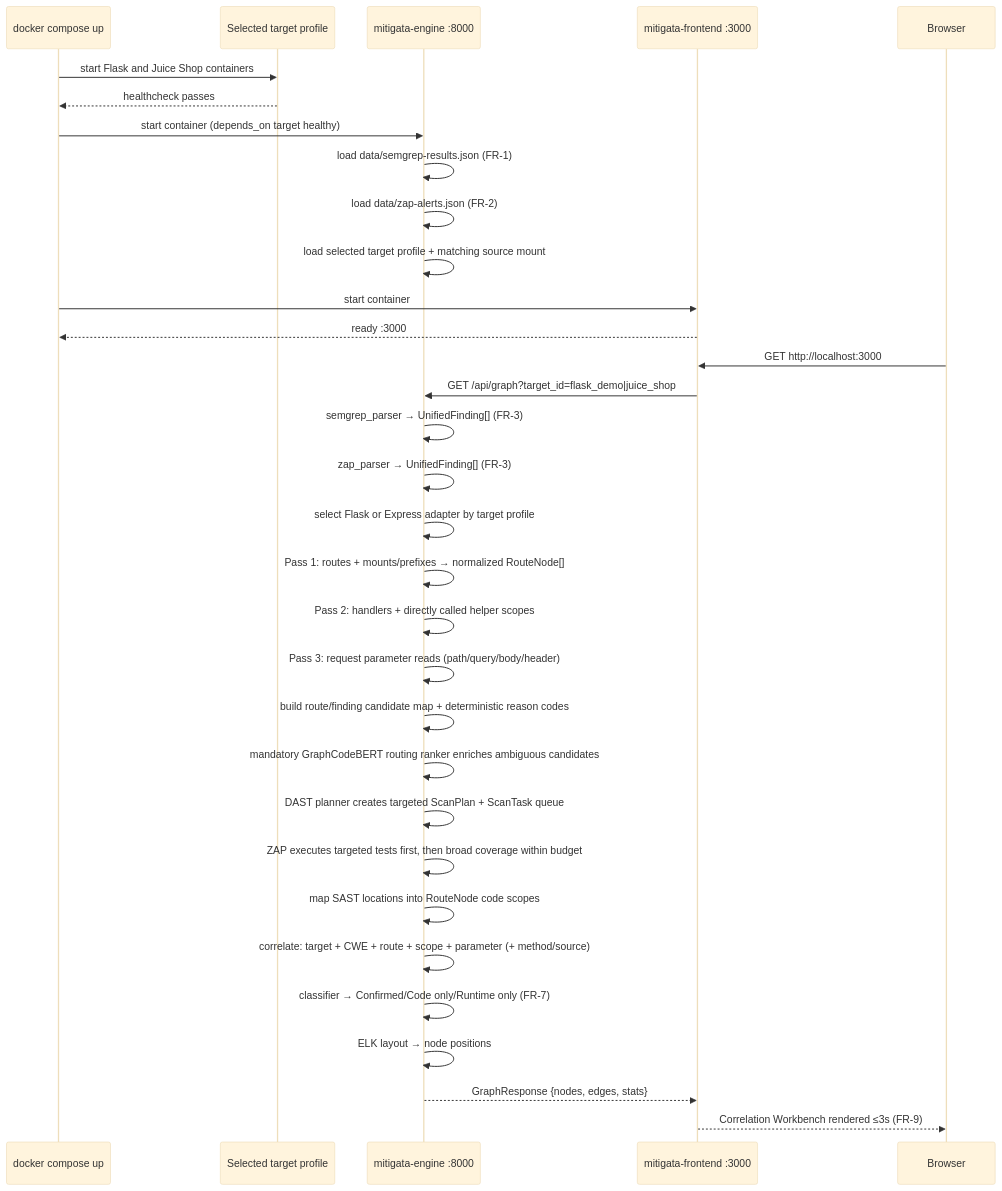
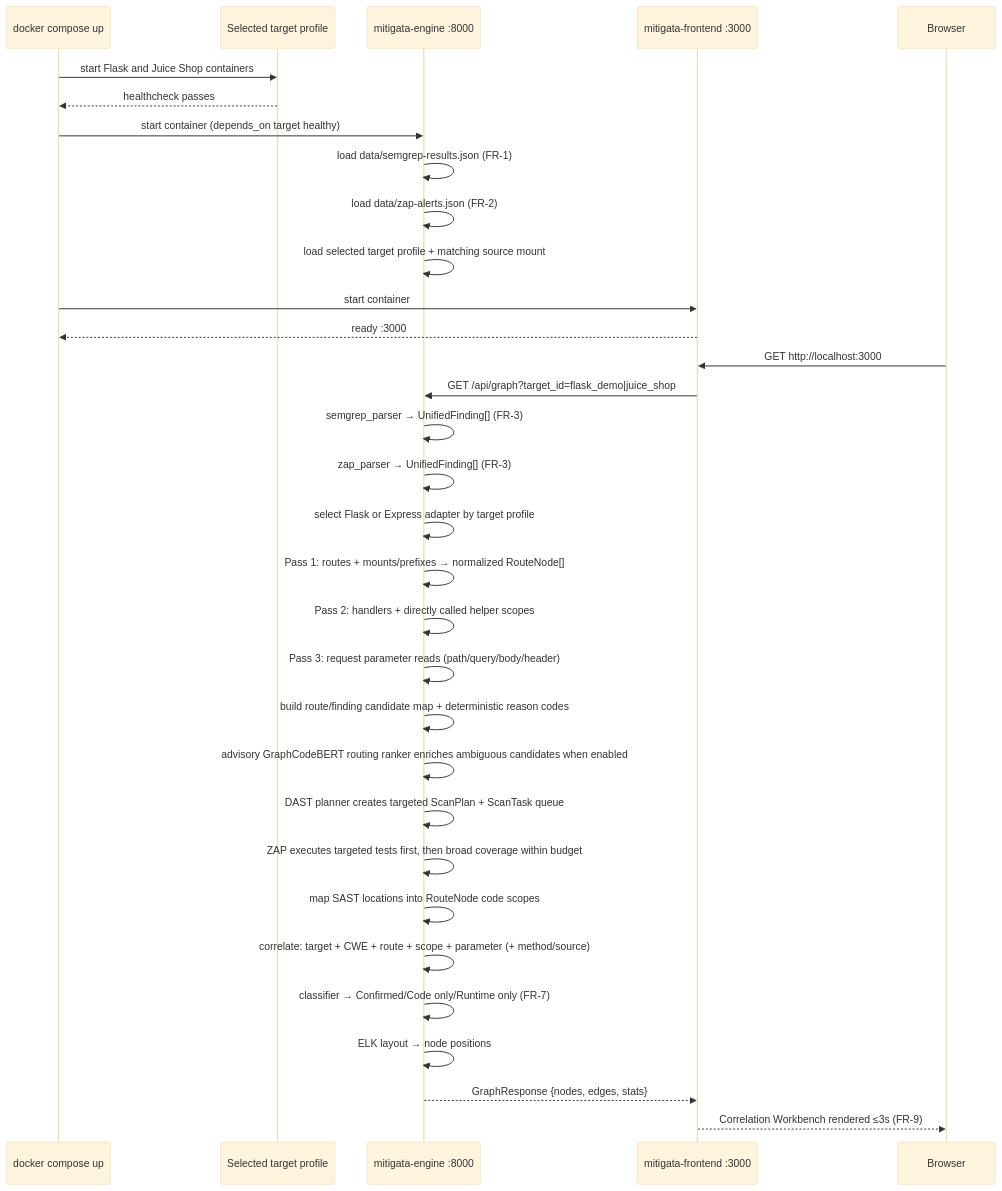
The third of 25 diagrams in HACKATHON/docs/P06-Architecture.md (Halcyora/mitigata), drawn with Mermaid (base theme) before and after one commit. The commit also changed other lines of this file and 3 other files, not shown here.

````diff
--- a/HACKATHON/docs/P06-Architecture.md
+++ b/HACKATHON/docs/P06-Architecture.md
@@ -134,36 +135,36 @@
 ```mermaid
 sequenceDiagram
     participant DC as docker compose up
     participant T as Selected target profile
     participant E as mitigata-engine :8000
     participant FE as mitigata-frontend :3000
     participant B as Browser
 
     DC->>T: start Flask and Juice Shop containers
     T-->>DC: healthcheck passes
     DC->>E: start container (depends_on target healthy)
     E->>E: load data/semgrep-results.json (FR-1)
     E->>E: load data/zap-alerts.json (FR-2)
     E->>E: load selected target profile + matching source mount
     DC->>FE: start container
     FE-->>DC: ready :3000
 
     B->>FE: GET http://localhost:3000
     FE->>E: GET /api/graph?target_id=flask_demo|juice_shop
     E->>E: semgrep_parser → UnifiedFinding[] (FR-3)
     E->>E: zap_parser → UnifiedFinding[] (FR-3)
     E->>E: select Flask or Express adapter by target profile
     E->>E: Pass 1: routes + mounts/prefixes → normalized RouteNode[]
     E->>E: Pass 2: handlers + directly called helper scopes
     E->>E: Pass 3: request parameter reads (path/query/body/header)
     E->>E: build route/finding candidate map + deterministic reason codes
-    E->>E: mandatory GraphCodeBERT routing ranker enriches ambiguous candidates
+    E->>E: advisory GraphCodeBERT routing ranker enriches ambiguous candidates when enabled
     E->>E: DAST planner creates targeted ScanPlan + ScanTask queue
     E->>E: ZAP executes targeted tests first, then broad coverage within budget
     E->>E: map SAST locations into RouteNode code scopes
     E->>E: correlate: target + CWE + route + scope + parameter (+ method/source)
     E->>E: classifier → Confirmed/Code only/Runtime only (FR-7)
     E->>E: ELK layout → node positions
     E-->>FE: GraphResponse {nodes, edges, stats}
     FE-->>B: Correlation Workbench rendered ≤3s (FR-9)
 ```
````
